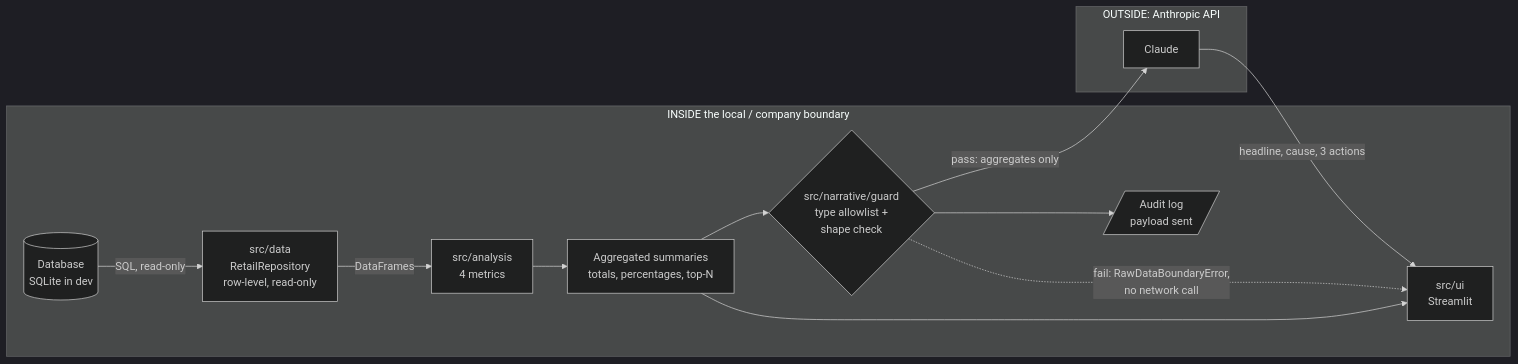
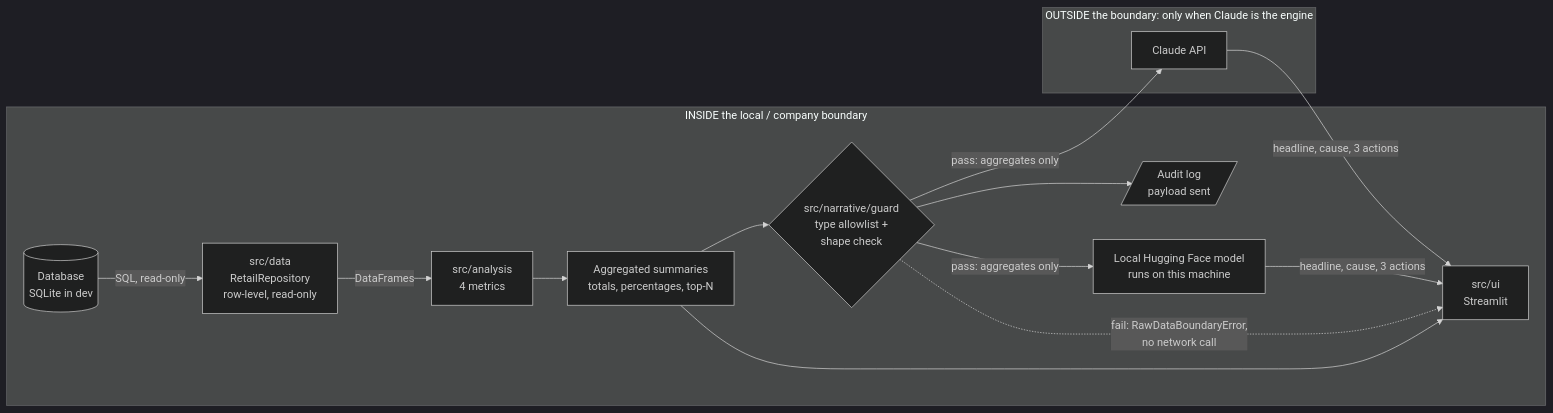
One commit to Dev-debasish-09/Data_analyst_Claude_proj changed the diagram in retail-pulse/docs/architecture.md. Above: the diagram before and after it, drawn with Mermaid (dark theme). The commit also changed other lines of this file and 15 other files, not shown here.

First line of the commit message:
feat: add free local Hugging Face report engine

````diff
--- a/retail-pulse/docs/architecture.md
+++ b/retail-pulse/docs/architecture.md
@@ -31,25 +32,28 @@
 ```mermaid
 flowchart LR
     subgraph inside["INSIDE the local / company boundary"]
         DB[("Database<br/>SQLite in dev")]
         DATA["src/data<br/>RetailRepository<br/>row-level, read-only"]
         AN["src/analysis<br/>4 metrics"]
         SUM["Aggregated summaries<br/>totals, percentages, top-N"]
         GUARD{"src/narrative/guard<br/>type allowlist +<br/>shape check"}
         UI["src/ui<br/>Streamlit"]
         AUDIT[/"Audit log<br/>payload sent"/]
+        LOCAL["Local Hugging Face model<br/>runs on this machine"]
     end
-    subgraph outside["OUTSIDE: Anthropic API"]
-        CLAUDE["Claude"]
+    subgraph outside["OUTSIDE the boundary: only when Claude is the engine"]
+        CLAUDE["Claude API"]
     end
 
     DB -->|"SQL, read-only"| DATA
     DATA -->|"DataFrames"| AN
     AN --> SUM
     SUM --> UI
     SUM --> GUARD
+    GUARD -->|"pass: aggregates only"| LOCAL
     GUARD -->|"pass: aggregates only"| CLAUDE
     GUARD -.->|"fail: RawDataBoundaryError,<br/>no network call"| UI
     GUARD --> AUDIT
+    LOCAL -->|"headline, cause, 3 actions"| UI
     CLAUDE -->|"headline, cause, 3 actions"| UI
 ```
````
